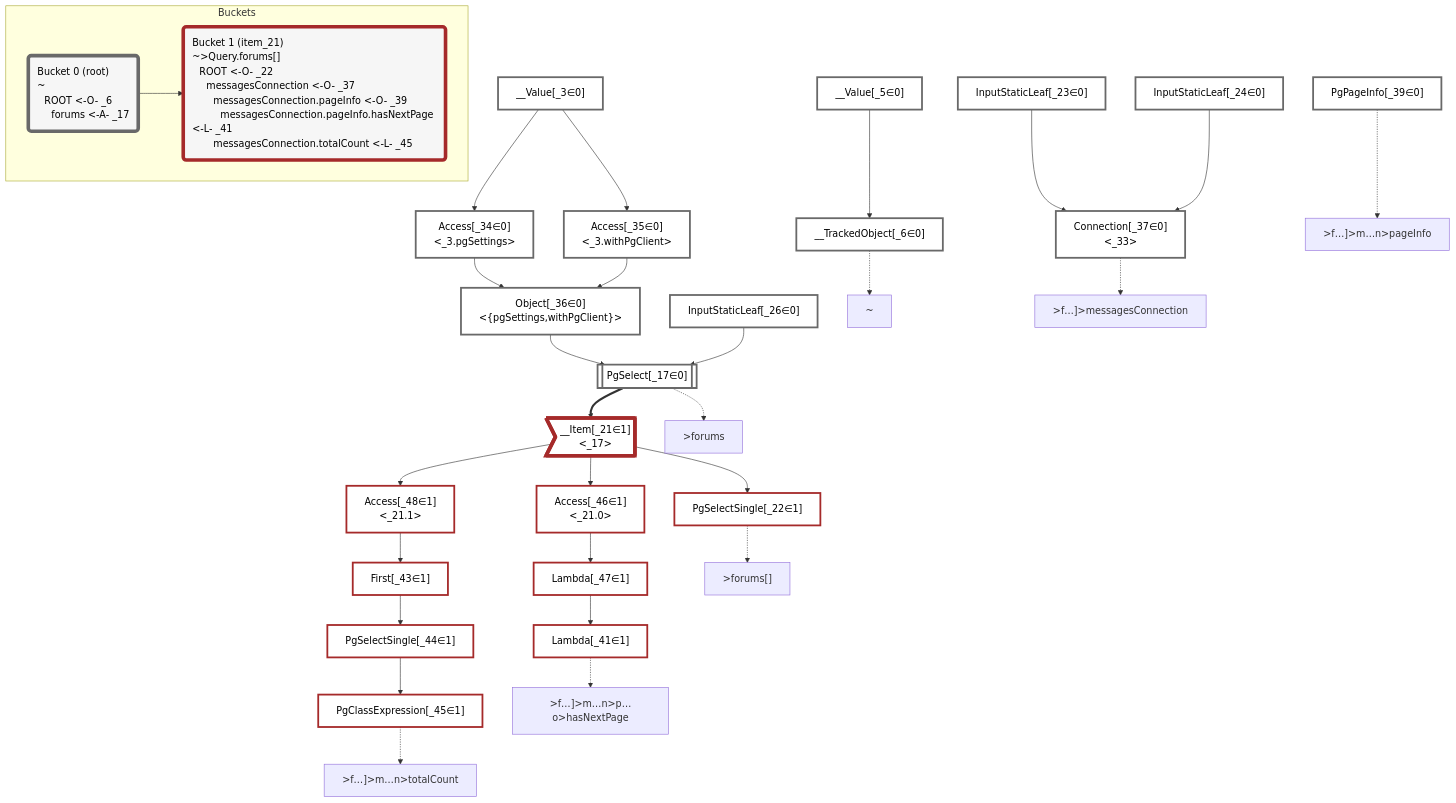
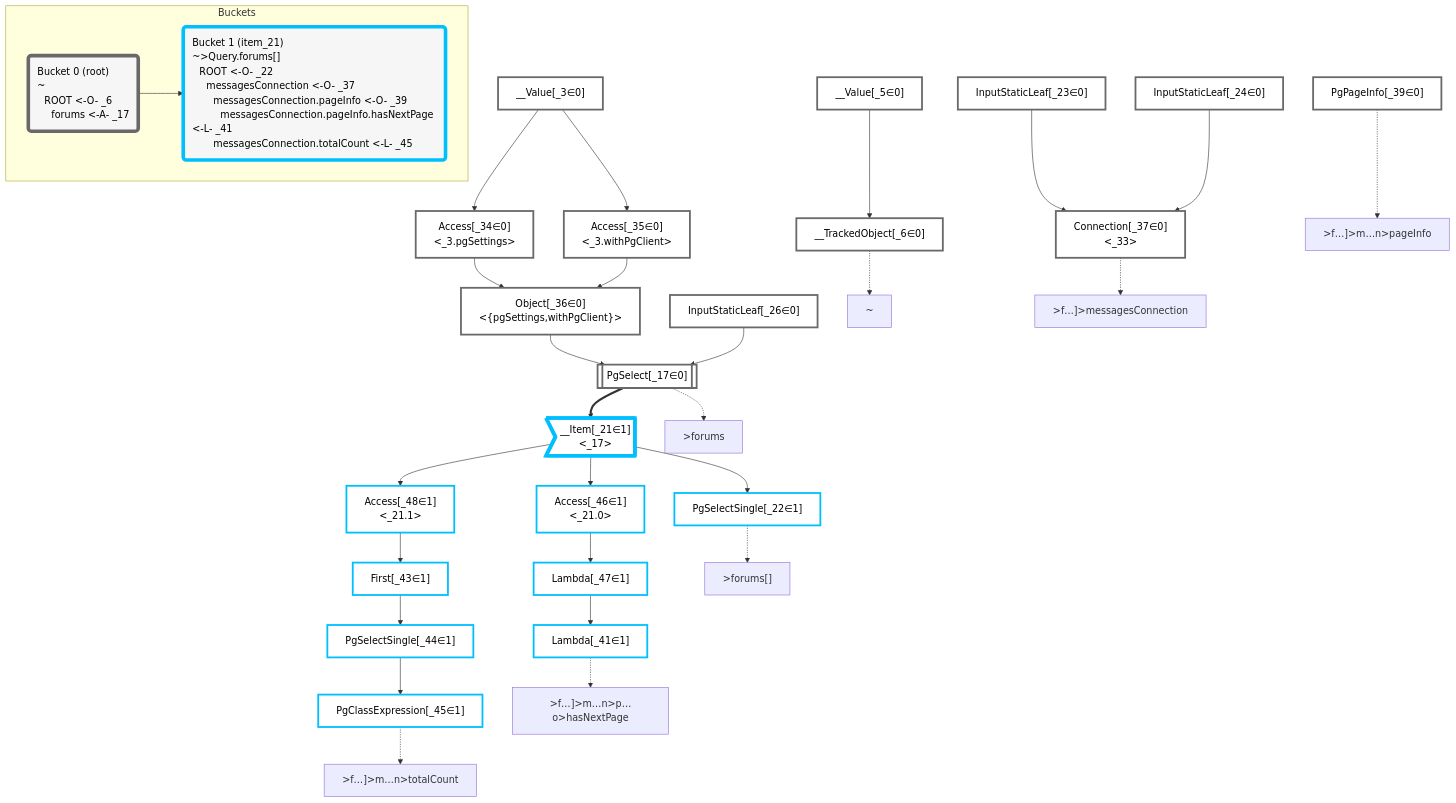
Before and after one commit to graphile/crystal: the diagram in packages/dataplan-pg/__tests__/queries/conditions/condition-featured-messages-minimal.mermaid.md, drawn with Mermaid. The commit also changed 157 other files, not shown here.

````diff
--- a/packages/dataplan-pg/__tests__/queries/conditions/condition-featured-messages-minimal.mermaid.md
+++ b/packages/dataplan-pg/__tests__/queries/conditions/condition-featured-messages-minimal.mermaid.md
@@ -1,82 +1,82 @@
 ```mermaid
 graph TD
     classDef path fill:#eee,stroke:#000,color:#000
     classDef plan fill:#fff,stroke-width:3px,color:#000
     classDef itemplan fill:#fff,stroke-width:6px,color:#000
     classDef sideeffectplan fill:#f00,stroke-width:6px,color:#000
     classDef bucket fill:#f6f6f6,color:#000,stroke-width:6px,text-align:left
 
 
     %% define plans
     __Value_3["__Value[_3∈0]<br /><context>"]:::plan
     __Value_5["__Value[_5∈0]<br /><rootValue>"]:::plan
     __TrackedObject_6["__TrackedObject[_6∈0]"]:::plan
     PgSelect_17[["PgSelect[_17∈0]<br /><forums>"]]:::plan
     __Item_21>"__Item[_21∈1]<br /><_17>"]:::itemplan
     PgSelectSingle_22["PgSelectSingle[_22∈1]<br /><forums>"]:::plan
     InputStaticLeaf_23["InputStaticLeaf[_23∈0]"]:::plan
     InputStaticLeaf_24["InputStaticLeaf[_24∈0]"]:::plan
     InputStaticLeaf_26["InputStaticLeaf[_26∈0]"]:::plan
     Access_34["Access[_34∈0]<br /><_3.pgSettings>"]:::plan
     Access_35["Access[_35∈0]<br /><_3.withPgClient>"]:::plan
     Object_36["Object[_36∈0]<br /><{pgSettings,withPgClient}>"]:::plan
     Connection_37["Connection[_37∈0]<br /><_33>"]:::plan
     PgPageInfo_39["PgPageInfo[_39∈0]"]:::plan
     Lambda_41["Lambda[_41∈1]<br /><listHasMore>"]:::plan
     First_43["First[_43∈1]"]:::plan
     PgSelectSingle_44["PgSelectSingle[_44∈1]<br /><messages>"]:::plan
     PgClassExpression_45["PgClassExpression[_45∈1]<br /><count(*)>"]:::plan
     Access_46["Access[_46∈1]<br /><_21.0>"]:::plan
     Lambda_47["Lambda[_47∈1]"]:::plan
     Access_48["Access[_48∈1]<br /><_21.1>"]:::plan
 
     %% plan dependencies
     __Value_5 --> __TrackedObject_6
     Object_36 --> PgSelect_17
     InputStaticLeaf_26 --> PgSelect_17
     PgSelect_17 ==> __Item_21
     __Item_21 --> PgSelectSingle_22
     __Value_3 --> Access_34
     __Value_3 --> Access_35
     Access_34 --> Object_36
     Access_35 --> Object_36
     InputStaticLeaf_23 --> Connection_37
     InputStaticLeaf_24 --> Connection_37
     Lambda_47 --> Lambda_41
     Access_48 --> First_43
     First_43 --> PgSelectSingle_44
     PgSelectSingle_44 --> PgClassExpression_45
     __Item_21 --> Access_46
     Access_46 --> Lambda_47
     __Item_21 --> Access_48
 
     %% plan-to-path relationships
     P_6["~"]
     __TrackedObject_6 -.-> P_6
     P_17[">forums"]
     PgSelect_17 -.-> P_17
     P_22[">forums[]"]
     PgSelectSingle_22 -.-> P_22
     P_37[">f…]>messagesConnection"]
     Connection_37 -.-> P_37
     P_39[">f…]>m…n>pageInfo"]
     PgPageInfo_39 -.-> P_39
     P_41[">f…]>m…n>p…o>hasNextPage"]
     Lambda_41 -.-> P_41
     P_45[">f…]>m…n>totalCount"]
     PgClassExpression_45 -.-> P_45
 
     %% allocate buckets
     classDef bucket0 stroke:#696969
     class __Value_3,__Value_5,__TrackedObject_6,PgSelect_17,InputStaticLeaf_23,InputStaticLeaf_24,InputStaticLeaf_26,Access_34,Access_35,Object_36,Connection_37,PgPageInfo_39 bucket0
-    classDef bucket1 stroke:#a52a2a
+    classDef bucket1 stroke:#00bfff
     class __Item_21,PgSelectSingle_22,Lambda_41,First_43,PgSelectSingle_44,PgClassExpression_45,Access_46,Lambda_47,Access_48 bucket1
 
     subgraph Buckets
     Bucket0("Bucket 0 (root)<br />~<br />⠀ROOT <-O- _6<br />⠀⠀forums <-A- _17"):::bucket
     style Bucket0 stroke:#696969
     Bucket1("Bucket 1 (item_21)<br />~>Query.forums[]<br />⠀ROOT <-O- _22<br />⠀⠀messagesConnection <-O- _37<br />⠀⠀⠀messagesConnection.pageInfo <-O- _39<br />⠀⠀⠀⠀messagesConnection.pageInfo.hasNextPage <-L- _41<br />⠀⠀⠀messagesConnection.totalCount <-L- _45"):::bucket
-    style Bucket1 stroke:#a52a2a
+    style Bucket1 stroke:#00bfff
     Bucket0 --> Bucket1
     end
 ```
````
